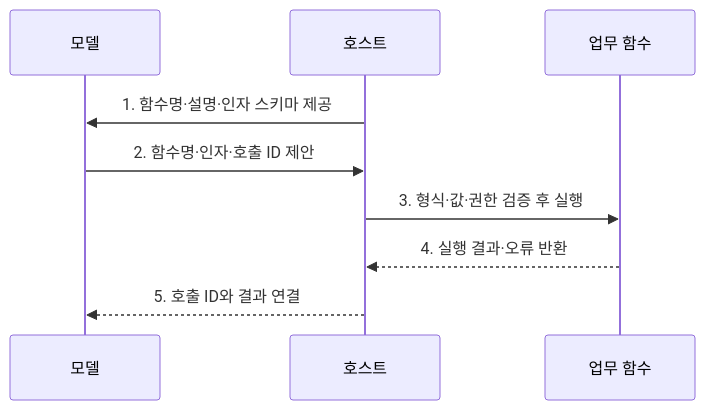
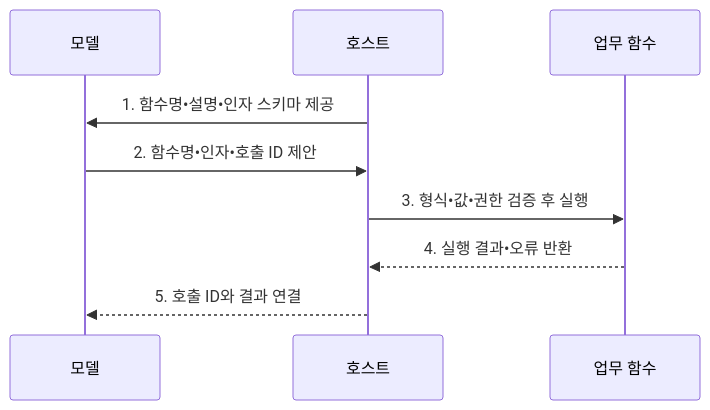
The second of 2 diagrams in src/content/docs/notes/08-latest-tech/005_function_calling.md (agnusdei1207/knowledge-base), drawn with Mermaid before and after one commit. The commit also changed other lines of this file and 953 other files, not shown here.

````diff
--- a/src/content/docs/notes/08-latest-tech/005_function_calling.md
+++ b/src/content/docs/notes/08-latest-tech/005_function_calling.md
@@ -96,11 +96,11 @@
 ```mermaid
 sequenceDiagram
     participant M as 모델
     participant H as 호스트
     participant F as 업무 함수
-    H->>M: 1. 함수명·설명·인자 스키마 제공
-    M->>H: 2. 함수명·인자·호출 ID 제안
-    H->>F: 3. 형식·값·권한 검증 후 실행
-    F-->>H: 4. 실행 결과·오류 반환
+    H->>M: 1. 함수명•설명•인자 스키마 제공
+    M->>H: 2. 함수명•인자•호출 ID 제안
+    H->>F: 3. 형식•값•권한 검증 후 실행
+    F-->>H: 4. 실행 결과•오류 반환
     H-->>M: 5. 호출 ID와 결과 연결
 ```
````
